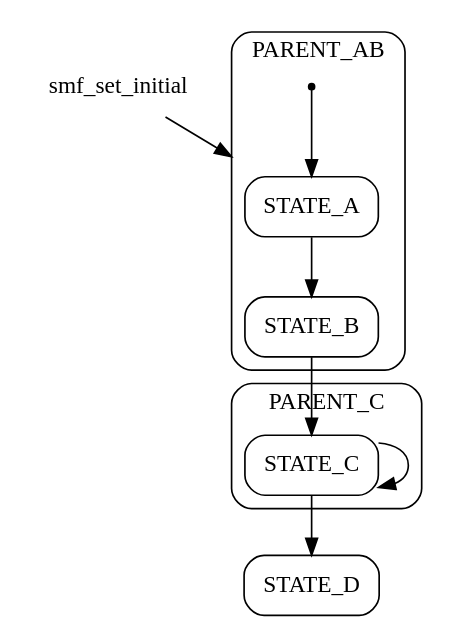
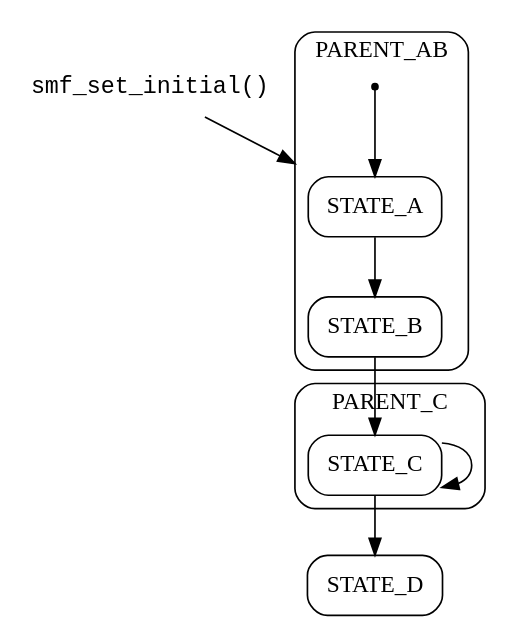
One commit to zephyrproject-rtos/zephyr changed the fourth of 5 diagrams in doc/services/smf/index.rst. Above: the diagram before and after it, drawn with Graphviz. The commit also changed other lines of this file and 8 other files, not shown here.

First line of the commit message:
Lib: SMF: Add UML-Style transition logic

```diff
--- a/doc/services/smf/index.rst
+++ b/doc/services/smf/index.rst
@@ -515,30 +556,30 @@
 .. graphviz::
    :caption: Test state machine for initial transitions and ``smf_set_handled``
 
    digraph smf_hierarchical_initial {
       compound=true;
       node [style = rounded];
-      smf_set_initial [shape=plaintext];
+      "smf_set_initial()" [shape=plaintext fontname=Courier];
       ab_init_state [shape = point];
       STATE_A [shape = box];
       STATE_B [shape = box];
       STATE_C [shape = box];
       STATE_D [shape = box];
 
       subgraph cluster_ab {
          label = "PARENT_AB";
          style = rounded;
          ab_init_state -> STATE_A;
          STATE_A -> STATE_B;
       }
 
       subgraph cluster_c {
          label = "PARENT_C";
          style = rounded;
 	 STATE_C -> STATE_C
       }
 
-      smf_set_initial -> STATE_A [lhead=cluster_ab]
+      "smf_set_initial()" -> STATE_A [lhead=cluster_ab]
       STATE_B -> STATE_C
       STATE_C -> STATE_D
    }
```
